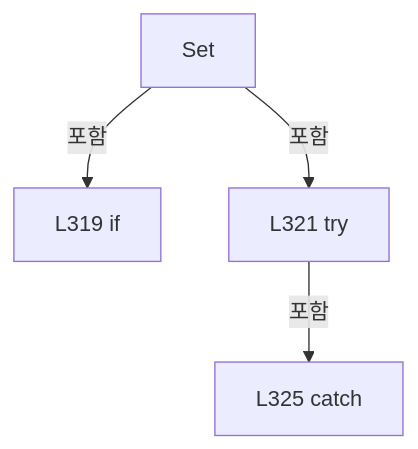
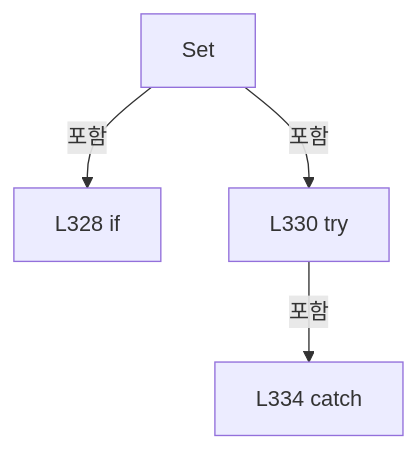
Before and after one commit to kjuws10-rgb/Shared: the ninth of 10 diagrams in A3 LD Code Ref/files/Drilling.UI/Popup/CMelsecStageSimulationDialog.xaml.cs.md, drawn with Mermaid. The commit also changed other lines of this file and 8055 other files, not shown here.

Commit message:
docs(a3): trace Stage Glass Data and refresh architecture and full code reference

````diff
--- a/A3 LD Code Ref/files/Drilling.UI/Popup/CMelsecStageSimulationDialog.xaml.cs.md
+++ b/A3 LD Code Ref/files/Drilling.UI/Popup/CMelsecStageSimulationDialog.xaml.cs.md
@@ -2181,10 +2273,10 @@
 ```mermaid
 flowchart TD
  M["Set"]
- N0["L319 if"]
+ N0["L328 if"]
  M -->|포함| N0
- N1["L321 try"]
+ N1["L330 try"]
  M -->|포함| N1
- N2["L325 catch"]
+ N2["L334 catch"]
  N1 -->|포함| N2
 ```
````
